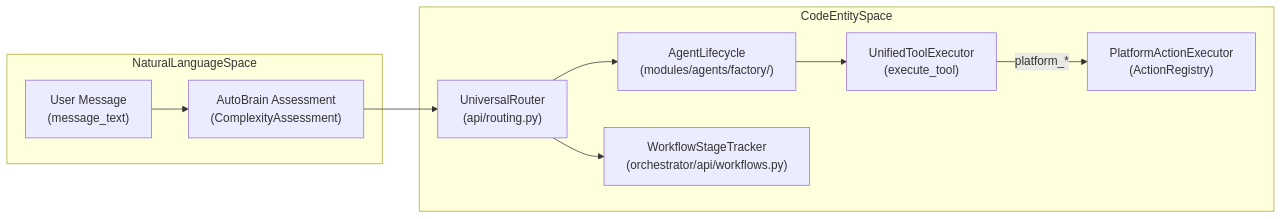
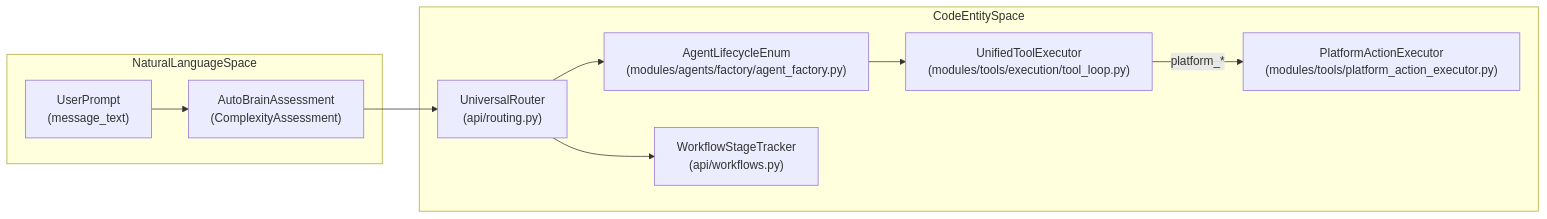
One commit to AutomatosAI/automatos-ai changed the second of 3 diagrams in docs/overview/system-architecture.md. Above: the diagram before and after it, drawn with Mermaid. The commit also changed other lines of this file and 188 other files, not shown here.

First line of the commit message:
docs: refresh architecture docs and add coverage for new subsystems (#1416)

````diff
--- a/docs/overview/system-architecture.md
+++ b/docs/overview/system-architecture.md
@@ -122,22 +128,22 @@
 ```mermaid
 graph LR
     subgraph "NaturalLanguageSpace"
-        UserMsg["User Message<br/>(message_text)"]
-        AutoBrain["AutoBrain Assessment<br/>(ComplexityAssessment)"]
+        UserIntent["UserPrompt<br/>(message_text)"]
+        AutoBrainEval["AutoBrainAssessment<br/>(ComplexityAssessment)"]
     end
 
     subgraph "CodeEntitySpace"
-        UniversalRouter["UniversalRouter<br/>(api/routing.py)"]
-        AgentLifecycle["AgentLifecycle<br/>(modules/agents/factory/)"]
-        UnifiedExecutor["UnifiedToolExecutor<br/>(execute_tool)"]
-        PlatformExec["PlatformActionExecutor<br/>(ActionRegistry)"]
-        WorkflowEngine["WorkflowStageTracker<br/>(orchestrator/api/workflows.py)"]
+        UnivRouter["UniversalRouter<br/>(api/routing.py)"]
+        AgentLifecycle["AgentLifecycleEnum<br/>(modules/agents/factory/agent_factory.py)"]
+        ToolExecutor["UnifiedToolExecutor<br/>(modules/tools/execution/tool_loop.py)"]
+        PlatformAction["PlatformActionExecutor<br/>(modules/tools/platform_action_executor.py)"]
+        WorkflowStageTracker["WorkflowStageTracker<br/>(api/workflows.py)"]
     end
 
-    UserMsg --> AutoBrain
-    AutoBrain --> UniversalRouter
-    UniversalRouter --> AgentLifecycle
-    UniversalRouter --> WorkflowEngine
-    AgentLifecycle --> UnifiedExecutor
-    UnifiedExecutor -->|"platform_*"| PlatformExec
+    UserIntent --> AutoBrainEval
+    AutoBrainEval --> UnivRouter
+    UnivRouter --> AgentLifecycle
+    UnivRouter --> WorkflowStageTracker
+    AgentLifecycle --> ToolExecutor
+    ToolExecutor -->|"platform_*"| PlatformAction
 ```
````
